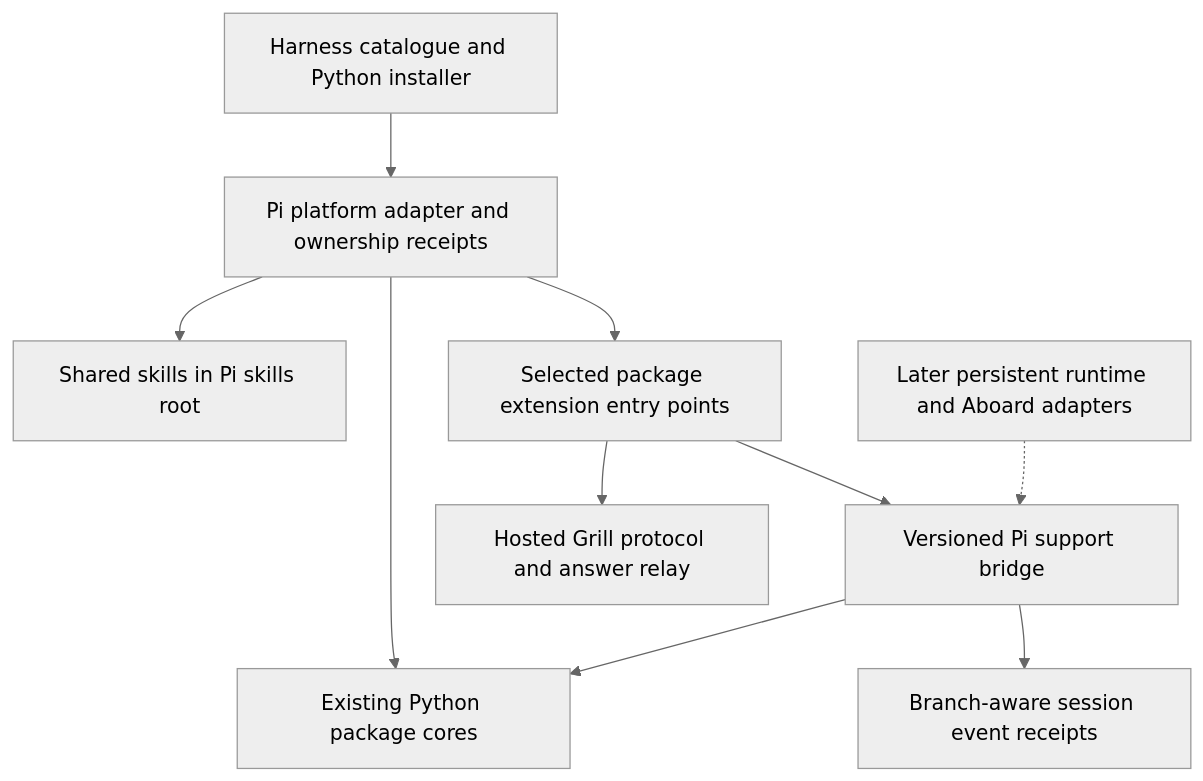
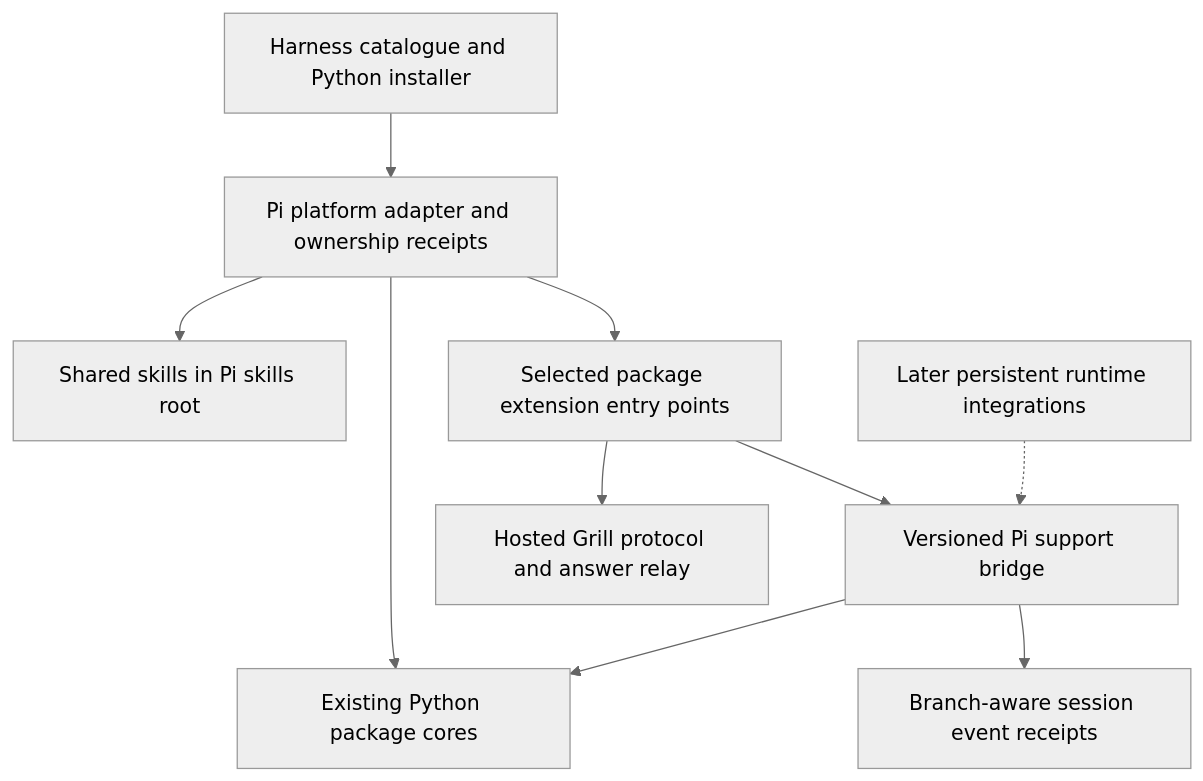
Before and after one commit to EmilienxD/harness: the diagram in docs/PI-ARCHITECTURE.md, drawn with Mermaid (neutral theme). The commit also changed other lines of this file and 1 other file, not shown here.

Commit message:
docs(pi): mark Aboard adapter as shipped

````diff
--- a/docs/PI-ARCHITECTURE.md
+++ b/docs/PI-ARCHITECTURE.md
@@ -188,12 +188,12 @@
 ```mermaid
 flowchart TD
     Catalogue[Harness catalogue and Python installer] --> Adapter[Pi platform adapter and ownership receipts]
     Adapter --> Skills[Shared skills in Pi skills root]
     Adapter --> Entries[Selected package extension entry points]
     Adapter --> Helpers[Existing Python package cores]
     Entries --> Support[Versioned Pi support bridge]
     Support --> Helpers
     Support --> State[Branch-aware session event receipts]
     Entries --> Hosted[Hosted Grill protocol and answer relay]
-    Future[Later persistent runtime and Aboard adapters] -.-> Support
+    Future[Later persistent runtime integrations] -.-> Support
 ```
````
